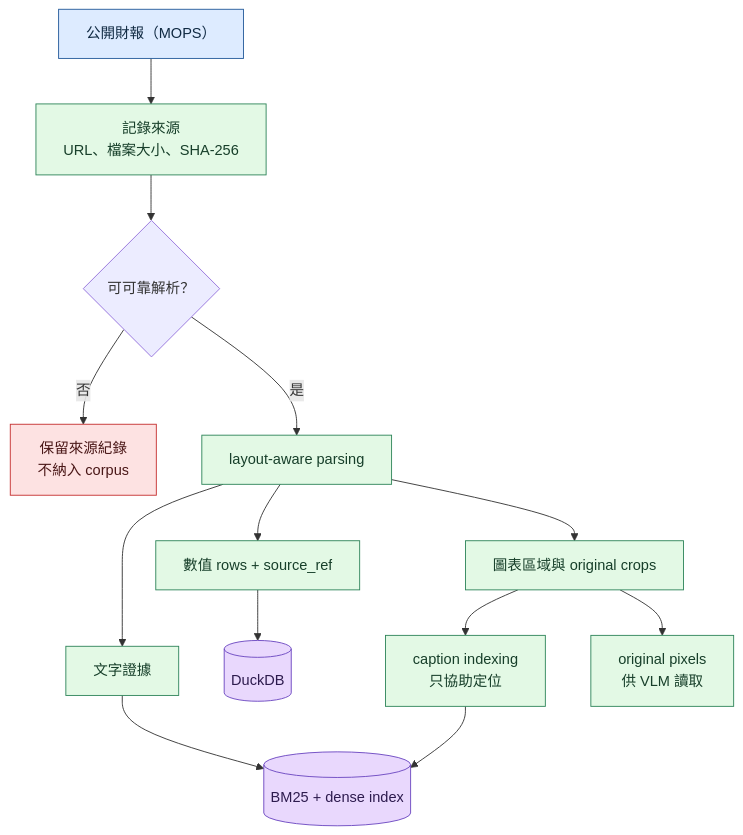
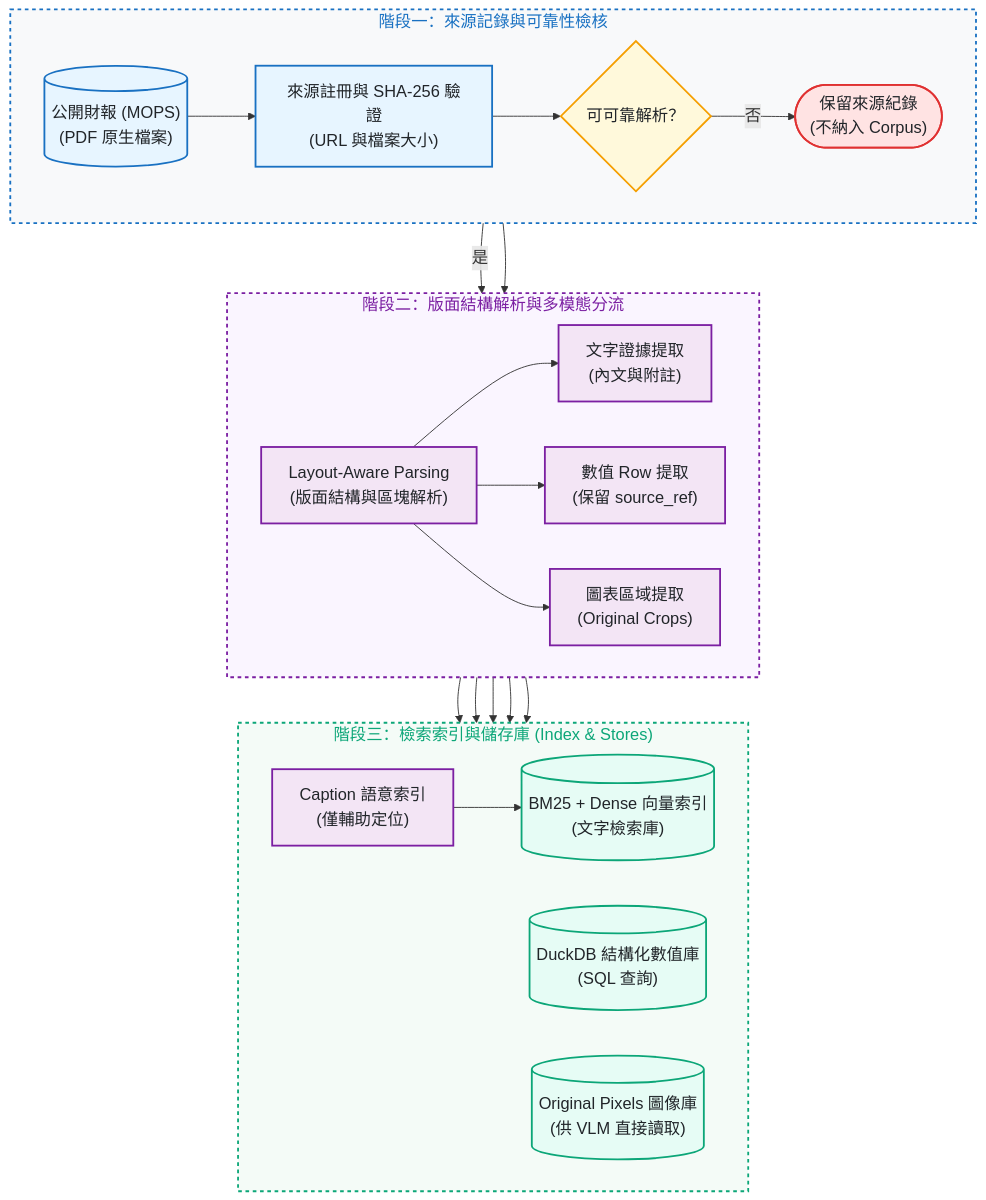
One commit to kuotunyu/tw-filing-intelligence changed the first of 2 diagrams in README.md. Above: the diagram before and after it, drawn with Mermaid. The commit also changed other lines of this file and 1 other file, not shown here.

First line of the commit message:
docs: overhaul README with card container flowcharts and clean typography (#6)

````diff
--- a/README.md
+++ b/README.md
@@ -36,24 +40,41 @@
 ```mermaid
+%%{init: {'themeVariables': {'fontSize': '18px'}}}%%
 flowchart TD
-    Filing["公開財報（MOPS）"] --> Manifest["記錄來源<br/>URL、檔案大小、SHA-256"]
-    Manifest --> Readable{"可可靠解析？"}
-    Readable -->|"否"| Excluded["保留來源紀錄<br/>不納入 corpus"]
-    Readable -->|"是"| Parse["layout-aware parsing"]
-    Parse --> Text["文字證據"]
-    Parse --> Rows["數值 rows + source_ref"]
-    Parse --> Crops["圖表區域與 original crops"]
-    Text --> Search[("BM25 + dense index")]
-    Rows --> Numeric[("DuckDB")]
-    Crops --> Caption["caption indexing<br/>只協助定位"]
-    Caption --> Search
-    Crops --> Pixels["original pixels<br/>供 VLM 讀取"]
+    subgraph Stage1 ["階段一：來源記錄與可靠性檢核"]
+        direction LR
+        Filing[("公開財報 (MOPS)<br/>(PDF 原生檔案)")] --> Manifest["來源註冊與 SHA-256 驗證<br/>(URL 與檔案大小)"] --> Readable{"可可靠解析？"}
+        Readable -->|"否"| Excluded(["保留來源紀錄<br/>(不納入 Corpus)"])
+    end
 
-    classDef source fill:#DDEBFF,stroke:#245A9A,color:#102A43
-    classDef process fill:#E3F9E5,stroke:#2F855A,color:#173F2A
-    classDef store fill:#E9D8FD,stroke:#6B46C1,color:#2D1B4E
-    classDef excluded fill:#FDE2E2,stroke:#C53030,color:#4A1717
-    class Filing source
-    class Manifest,Parse,Text,Rows,Crops,Caption,Pixels process
-    class Search,Numeric store
-    class Excluded excluded
+    subgraph Stage2 ["階段二：版面結構解析與多模態分流"]
+        direction LR
+        Readable -->|"是"| Parse["Layout-Aware Parsing<br/>(版面結構與區塊解析)"]
+        Parse --> Text["文字證據提取<br/>(內文與附註)"] & Rows["數值 Row 提取<br/>(保留 source_ref)"] & Crops["圖表區域提取<br/>(Original Crops)"]
+    end
+
+    subgraph Stage3 ["階段三：檢索索引與儲存庫 (Index & Stores)"]
+        direction LR
+        Text --> Search[("BM25 + Dense 向量索引<br/>(文字檢索庫)")]
+        Rows --> Numeric[("DuckDB 結構化數值庫<br/>(SQL 查詢)")]
+        Crops --> Caption["Caption 語意索引<br/>(僅輔助定位)"] --> Search
+        Crops --> Pixels[("Original Pixels 圖像庫<br/>(供 VLM 直接讀取)")]
+    end
+
+    Stage1 --> Stage2 --> Stage3
+
+    classDef srcStyle fill:#e7f5ff,stroke:#1971c2,stroke-width:2px,color:#212529
+    classDef procStyle fill:#f3e5f5,stroke:#7b1fa2,stroke-width:2px,color:#212529
+    classDef gateStyle fill:#fff9db,stroke:#f59f00,stroke-width:2px,color:#212529
+    classDef storeStyle fill:#e6fcf5,stroke:#0ca678,stroke-width:2px,color:#212529
+    classDef rejStyle fill:#ffe3e3,stroke:#e03131,stroke-width:2px,color:#212529
+
+    class Filing,Manifest srcStyle
+    class Parse,Text,Rows,Crops,Caption procStyle
+    class Readable gateStyle
+    class Search,Numeric,Pixels storeStyle
+    class Excluded rejStyle
+
+    style Stage1 fill:#f8f9fa,stroke:#1971c2,stroke-width:2px,color:#1971c2,stroke-dasharray: 4 4
+    style Stage2 fill:#faf5ff,stroke:#7b1fa2,stroke-width:2px,color:#7b1fa2,stroke-dasharray: 4 4
+    style Stage3 fill:#f4fbf7,stroke:#0ca678,stroke-width:2px,color:#0ca678,stroke-dasharray: 4 4
 ```
````
